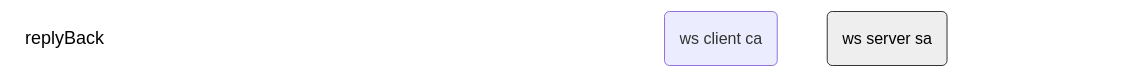
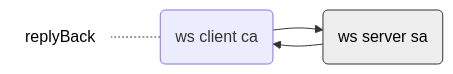
The second of 10 diagrams in README.md (toshirot/w2w), drawn with Mermaid before and after one commit. The commit also changed other lines of this file, not shown here.

````diff
--- a/README.md
+++ b/README.md
@@ -73,16 +73,16 @@
 ```mermaid
 flowchart LR
 
 %%test0("at on connect: 自動で返される reply back"):::class_text
 
     %%single_type3
         text_a2a(replyBack):::class_text_min
         single_type3c(ws client ca) 
         single_type3s(ws server sa):::class_server
             text_a2a -.- single_type3c
             single_type3c --> single_type3s --> single_type3c
 
 classDef class_server fill:#eee,color:#000,stroke:#333
 classDef class_text fill:#fff,color:#000,stroke:#fff
-classDef class_text_min fill:#fff,color:#000,stroke:#fff,margin:0,font-size:18px,width:100%,float:left
+classDef class_text_min fill:#fff,color:#000,stroke:#fff,margin:0
 ```
````
